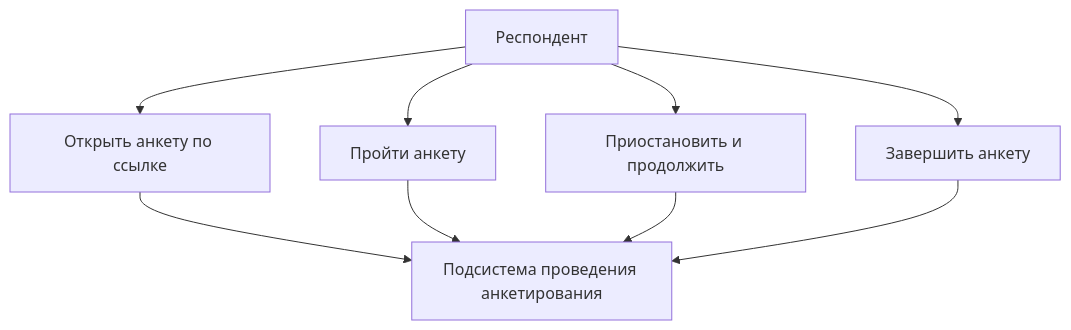
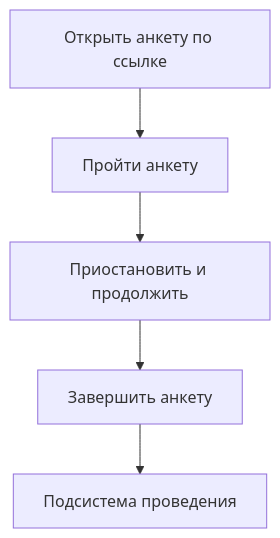
The first of 3 diagrams in docs/vkr-podsystema-provedeniya-anketirovaniya.md (sanya2905/survey-constructor-service), drawn with Mermaid before and after one commit. The commit also changed other lines of this file and 1 other file, not shown here.

Commit message:
docs: узкие одноколоночные схемы Mermaid под лист А4

````diff
--- a/docs/vkr-podsystema-provedeniya-anketirovaniya.md
+++ b/docs/vkr-podsystema-provedeniya-anketirovaniya.md
@@ -64,18 +64,10 @@
 ```mermaid
 flowchart TD
-    R[Респондент]
     O[Открыть анкету по ссылке]
     P[Пройти анкету]
     S[Приостановить и продолжить]
     Z[Завершить анкету]
-    T[Подсистема проведения анкетирования]
+    T[Подсистема проведения]
 
-    R --> O
-    R --> P
-    R --> S
-    R --> Z
-    O --> T
-    P --> T
-    S --> T
-    Z --> T
+    O --> P --> S --> Z --> T
 ```
````
